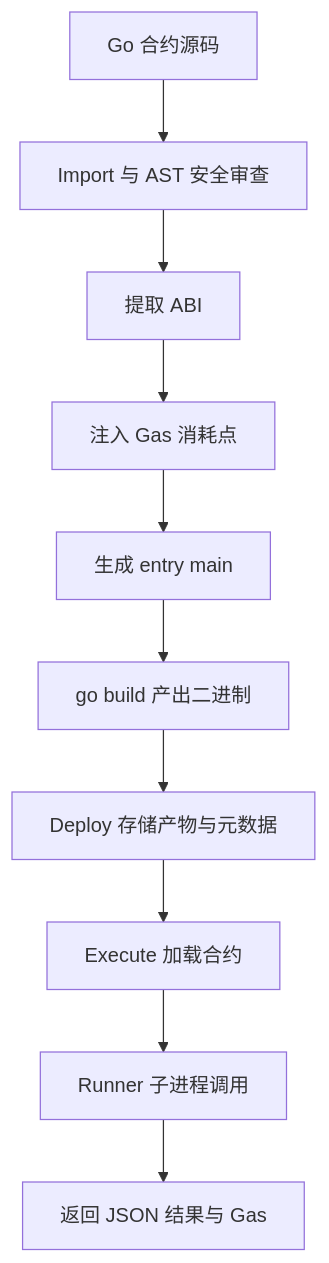
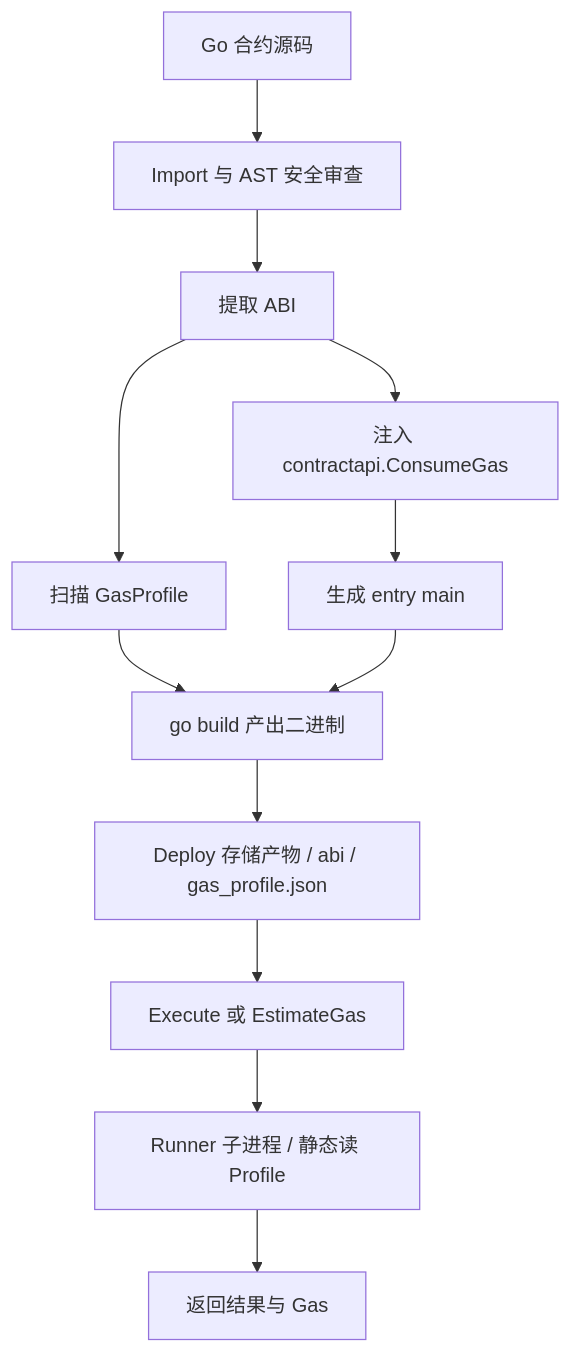
One commit to lengzhao/vm changed the diagram in docs/detailed_design/contract_processing_flow.md. Above: the diagram before and after it, drawn with Mermaid. The commit also changed other lines of this file and 8 other files, not shown here.

Commit message:
docs: 同步 Gas 模型与 EstimateGas；补充基准

````diff
--- a/docs/detailed_design/contract_processing_flow.md
+++ b/docs/detailed_design/contract_processing_flow.md
@@ -9,12 +9,14 @@
 ```mermaid
 flowchart TD
     A[Go 合约源码] --> B[Import 与 AST 安全审查]
     B --> C[提取 ABI]
-    C --> D[注入 Gas 消耗点]
-    D --> E[生成 entry main]
-    E --> F[go build 产出二进制]
-    F --> G[Deploy 存储产物与元数据]
-    G --> H[Execute 加载合约]
-    H --> I[Runner 子进程调用]
-    I --> J[返回 JSON 结果与 Gas]
+    C --> D[扫描 GasProfile]
+    C --> E[注入 contractapi.ConsumeGas]
+    E --> F[生成 entry main]
+    D --> G[go build 产出二进制]
+    F --> G
+    G --> H[Deploy 存储产物 / abi / gas_profile.json]
+    H --> I[Execute 或 EstimateGas]
+    I --> J[Runner 子进程 / 静态读 Profile]
+    J --> K[返回结果与 Gas]
 ```
````
